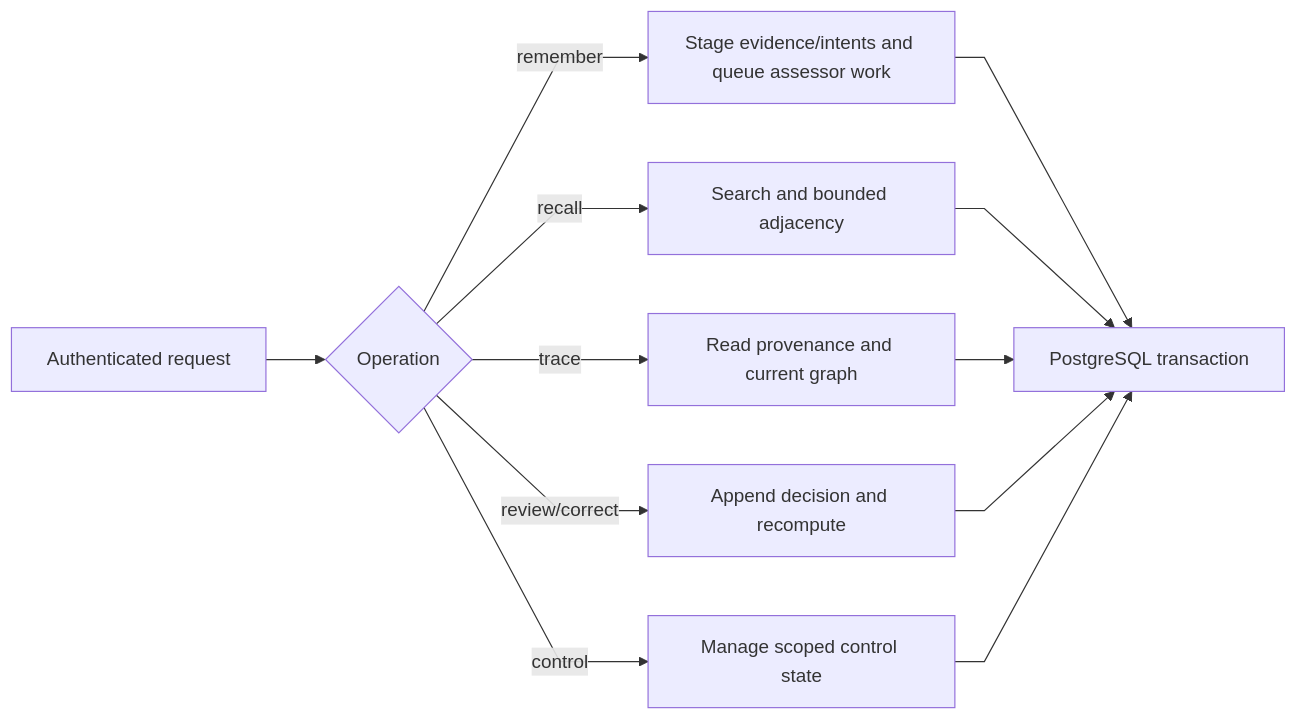
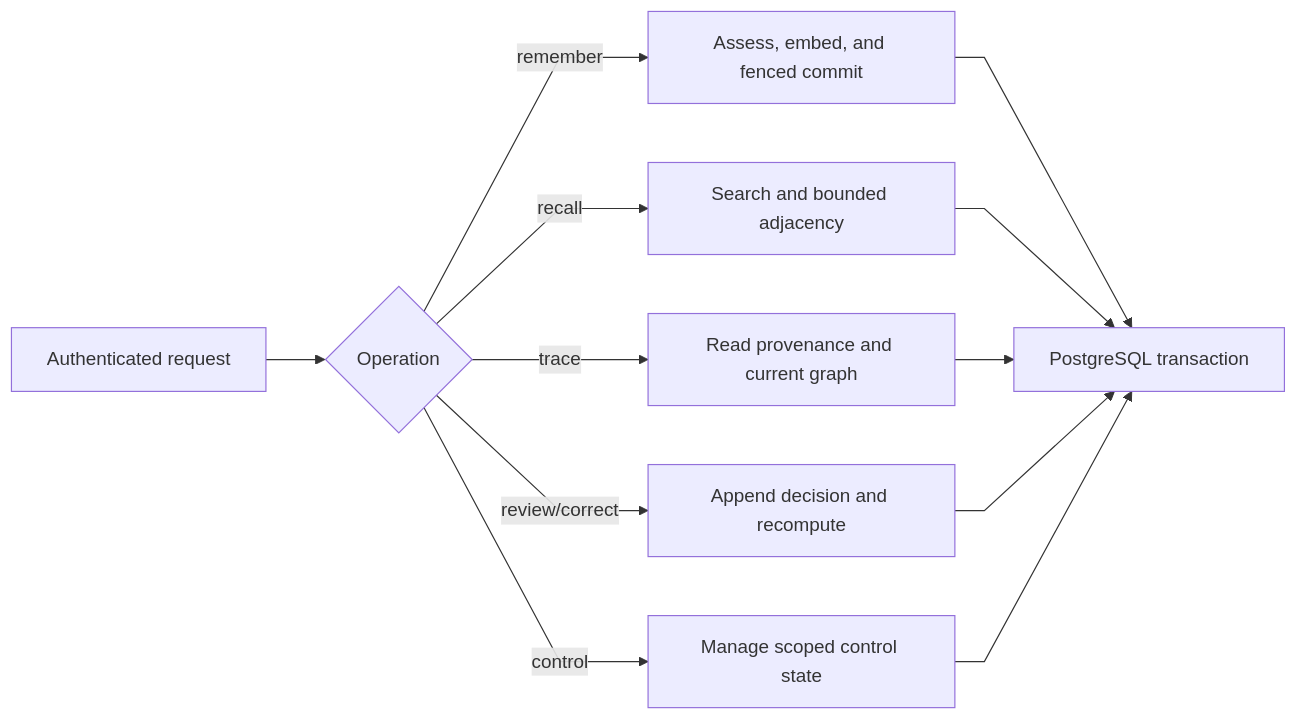
The second of 7 diagrams in Architecture.md (markhuangai/dense-mem), drawn with Mermaid before and after one commit. The commit also changed other lines of this file and 24 other files, not shown here.

````diff
--- a/Architecture.md
+++ b/Architecture.md
@@ -93,16 +105,16 @@
 ```mermaid
 %%{init: {"flowchart": {"curve": "linear"}}}%%
 flowchart LR
   Request["Authenticated request"] --> Kind{"Operation"}
-  Kind -- remember --> Write["Stage evidence/intents and queue assessor work"]
+  Kind -- remember --> Write["Assess, embed, and fenced commit"]
   Kind -- recall --> Read["Search and bounded adjacency"]
   Kind -- trace --> Trace["Read provenance and current graph"]
   Kind -- review/correct --> Correct["Append decision and recompute"]
   Kind -- control --> Admin["Manage scoped control state"]
 
   Write --> PG["PostgreSQL transaction"]
   Read --> PG
   Trace --> PG
   Correct --> PG
   Admin --> PG
 ```
````
